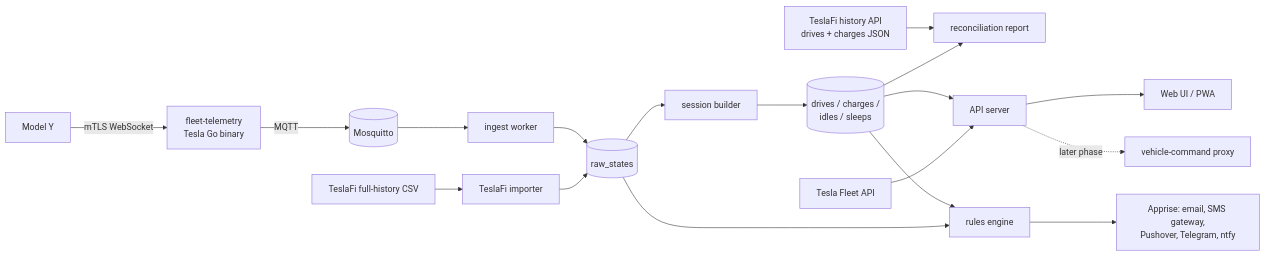
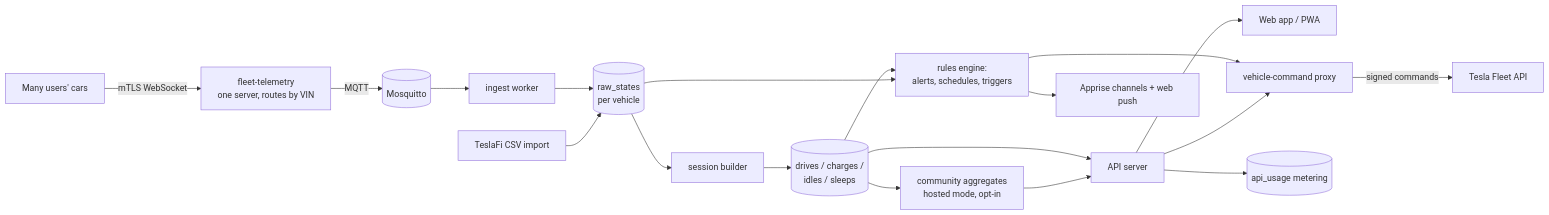
Before and after one commit to jlgreen11/teslai: the diagram in docs/ARCHITECTURE.md, drawn with Mermaid. The commit also changed other lines of this file and 1 other file, not shown here.

First line of the commit message:
Expand architecture to a full-parity, multi-user product

````diff
--- a/docs/ARCHITECTURE.md
+++ b/docs/ARCHITECTURE.md
@@ -71,19 +88,21 @@
 ```mermaid
 flowchart LR
-  car[Model Y] -- "mTLS WebSocket" --> ft[fleet-telemetry<br/>Tesla Go binary]
+  cars[Many users' cars] -- "mTLS WebSocket" --> ft[fleet-telemetry<br/>one server, routes by VIN]
   ft -- MQTT --> mq[(Mosquitto)]
   mq --> ing[ingest worker]
-  ing --> raw[(raw_states)]
+  ing --> raw[(raw_states<br/>per vehicle)]
   raw --> sb[session builder]
   sb --> sess[(drives / charges /<br/>idles / sleeps)]
-  csv[TeslaFi full-history CSV] --> imp[TeslaFi importer] --> raw
-  hist[TeslaFi history API<br/>drives + charges JSON] --> rec[reconciliation report]
-  sess --> rec
+  csv[TeslaFi CSV import] --> raw
   sess --> api[API server]
-  api --> web[Web UI / PWA]
-  sess --> rules[rules engine]
+  api --> web[Web app / PWA]
+  sess --> rules[rules engine:<br/>alerts, schedules, triggers]
   raw --> rules
-  rules --> notify[Apprise: email, SMS gateway,<br/>Pushover, Telegram, ntfy]
-  fleet[Tesla Fleet API] --> api
-  api -. "later phase" .-> vcp[vehicle-command proxy]
+  rules --> notify[Apprise channels + web push]
+  rules --> vcp[vehicle-command proxy]
+  api --> vcp
+  vcp -- "signed commands" --> fleet[Tesla Fleet API]
+  sess --> agg[community aggregates<br/>hosted mode, opt-in]
+  agg --> api
+  api --> meter[(api_usage metering)]
 ```
````
